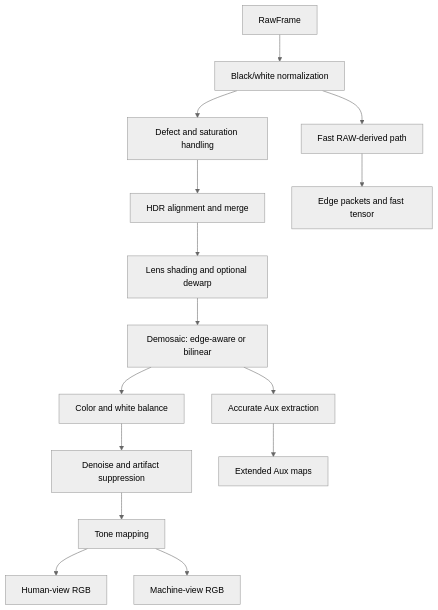
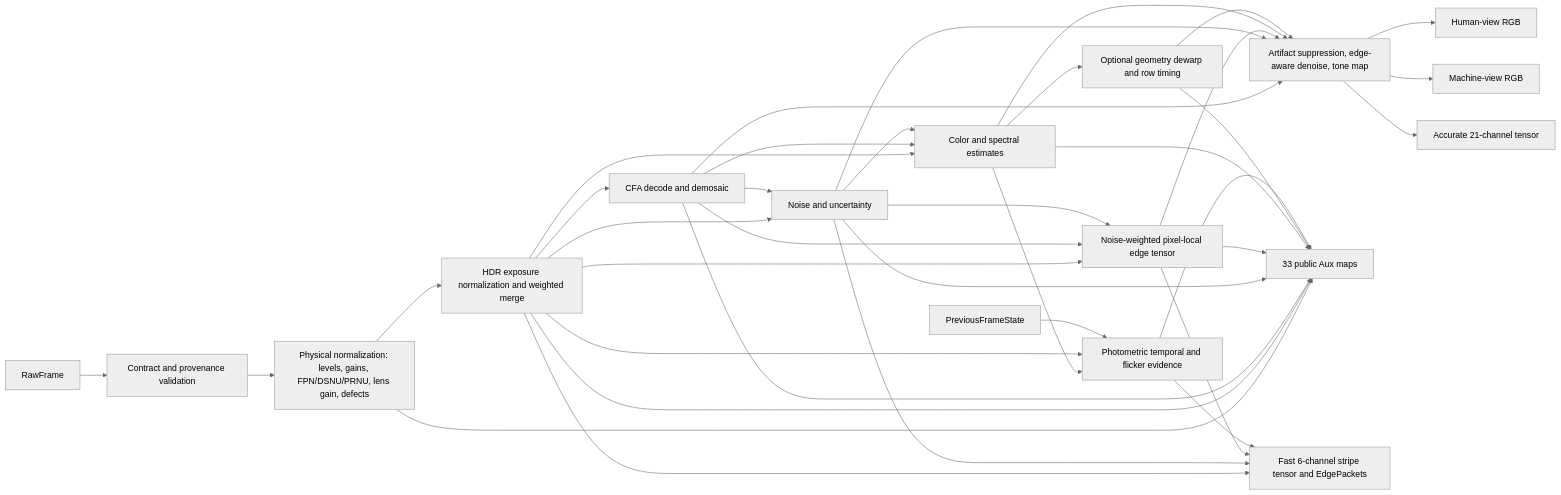
Before and after one commit to SeongcheolJeong/PerceptionISP: the first of 2 diagrams in docs/ARCHITECTURE.md, drawn with Mermaid (neutral theme). The commit also changed other lines of this file and 452 other files, not shown here.

````diff
--- a/docs/ARCHITECTURE.md
+++ b/docs/ARCHITECTURE.md
@@ -45,17 +125,39 @@
 ```mermaid
-flowchart TD
-    R[RawFrame] --> N[Black/white normalization]
-    N --> D[Defect and saturation handling]
-    D --> H[HDR alignment and merge]
-    H --> L[Lens shading and optional dewarp]
-    L --> M[Demosaic: edge-aware or bilinear]
-    M --> C[Color and white balance]
-    C --> Z[Denoise and artifact suppression]
-    Z --> T[Tone mapping]
-    T --> HR[Human-view RGB]
-    T --> PR[Machine-view RGB]
-    N --> F[Fast RAW-derived path]
-    M --> A[Accurate Aux extraction]
-    F --> X[Edge packets and fast tensor]
-    A --> Y[Extended Aux maps]
+flowchart LR
+    R[RawFrame] --> I[Contract and provenance validation]
+    I --> N[Physical normalization: levels, gains, FPN/DSNU/PRNU, lens gain, defects]
+    N --> H[HDR exposure normalization and weighted merge]
+    H --> C[CFA decode and demosaic]
+    H --> Q[Noise and uncertainty]
+    C --> Q
+    H --> E[Noise-weighted pixel-local edge tensor]
+    C --> E
+    Q --> E
+    H --> S[Color and spectral estimates]
+    C --> S
+    Q --> S
+    S --> G[Optional geometry dewarp and row timing]
+    S --> P[Photometric temporal and flicker evidence]
+    H --> P
+    PS[PreviousFrameState] --> P
+    C --> F[Artifact suppression, edge-aware denoise, tone map]
+    Q --> F
+    E --> F
+    S --> F
+    G --> F
+    F --> HR[Human-view RGB]
+    F --> PR[Machine-view RGB]
+    N --> A[33 public Aux maps]
+    H --> A
+    C --> A
+    Q --> A
+    E --> A
+    S --> A
+    G --> A
+    P --> A
+    F --> AT[Accurate 21-channel tensor]
+    H --> FT[Fast 6-channel stripe tensor and EdgePackets]
+    Q --> FT
+    E --> FT
+    P --> FT
 ```
````
